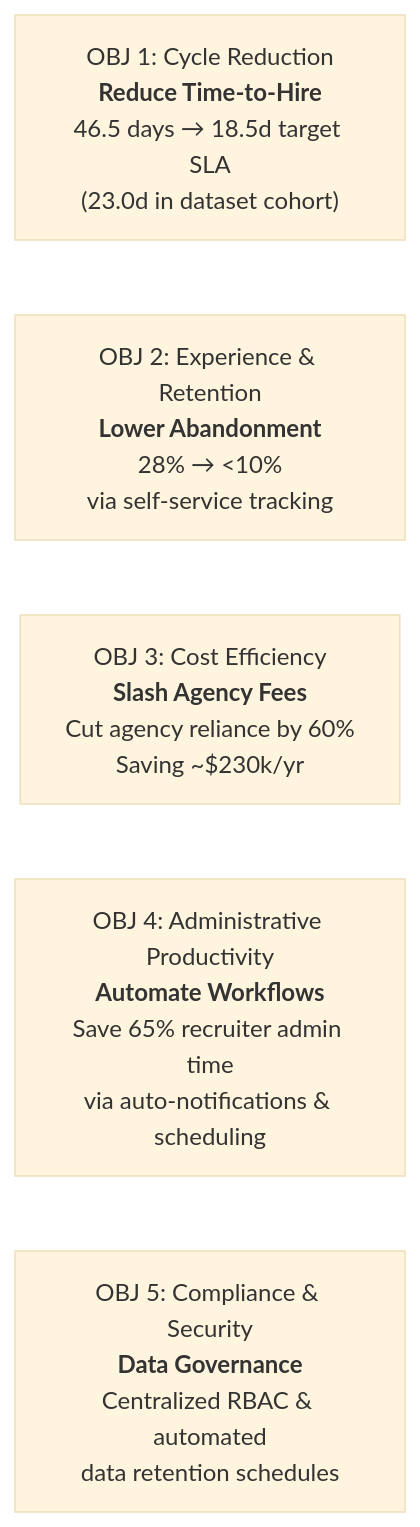
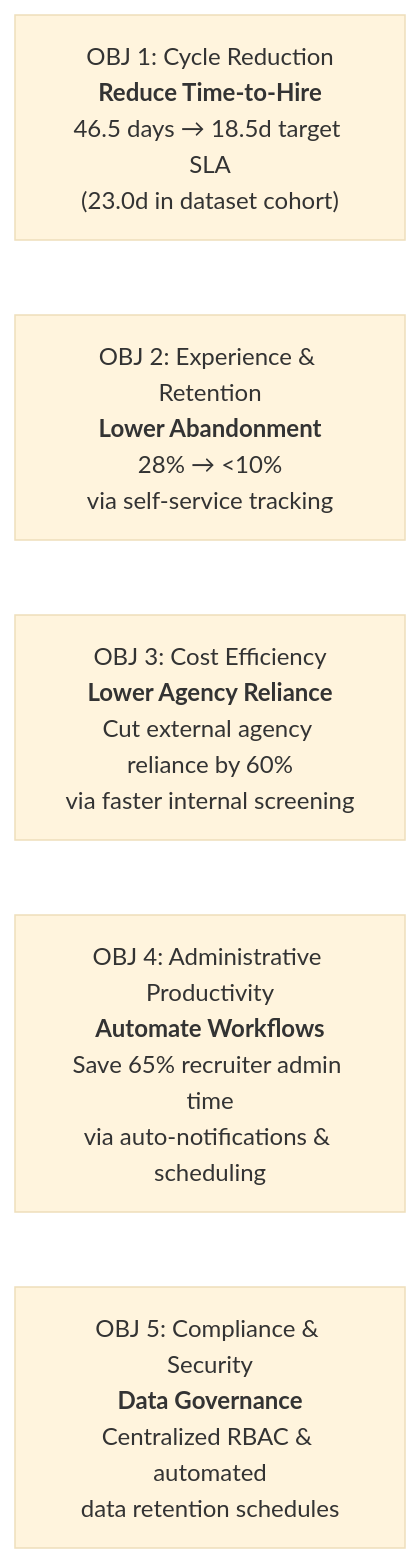
One commit to namrathach10/recruitment-ats-business-analysis changed the second of 4 diagrams in docs/01-project-charter.md. Above: the diagram before and after it, drawn with Mermaid (base theme). The commit also changed other lines of this file and 6 other files, not shown here.

Commit message:
refactor: address remaining review issues across README, Charter, AS-IS, Requirements, UML, Architecture, and Analytics

````diff
--- a/docs/01-project-charter.md
+++ b/docs/01-project-charter.md
@@ -93,8 +93,8 @@
 ```mermaid
 flowchart LR
     O1["OBJ 1: Cycle Reduction<br/><b>Reduce Time-to-Hire</b><br/>46.5 days → 18.5d target SLA<br/>(23.0d in dataset cohort)"]
     O2["OBJ 2: Experience & Retention<br/><b>Lower Abandonment</b><br/>28% → <10%<br/>via self-service tracking"]
-    O3["OBJ 3: Cost Efficiency<br/><b>Slash Agency Fees</b><br/>Cut agency reliance by 60%<br/>Saving ~$230k/yr"]
+    O3["OBJ 3: Cost Efficiency<br/><b>Lower Agency Reliance</b><br/>Cut external agency reliance by 60%<br/>via faster internal screening"]
     O4["OBJ 4: Administrative Productivity<br/><b>Automate Workflows</b><br/>Save 65% recruiter admin time<br/>via auto-notifications & scheduling"]
     O5["OBJ 5: Compliance & Security<br/><b>Data Governance</b><br/>Centralized RBAC & automated<br/>data retention schedules"]
 ```
````
